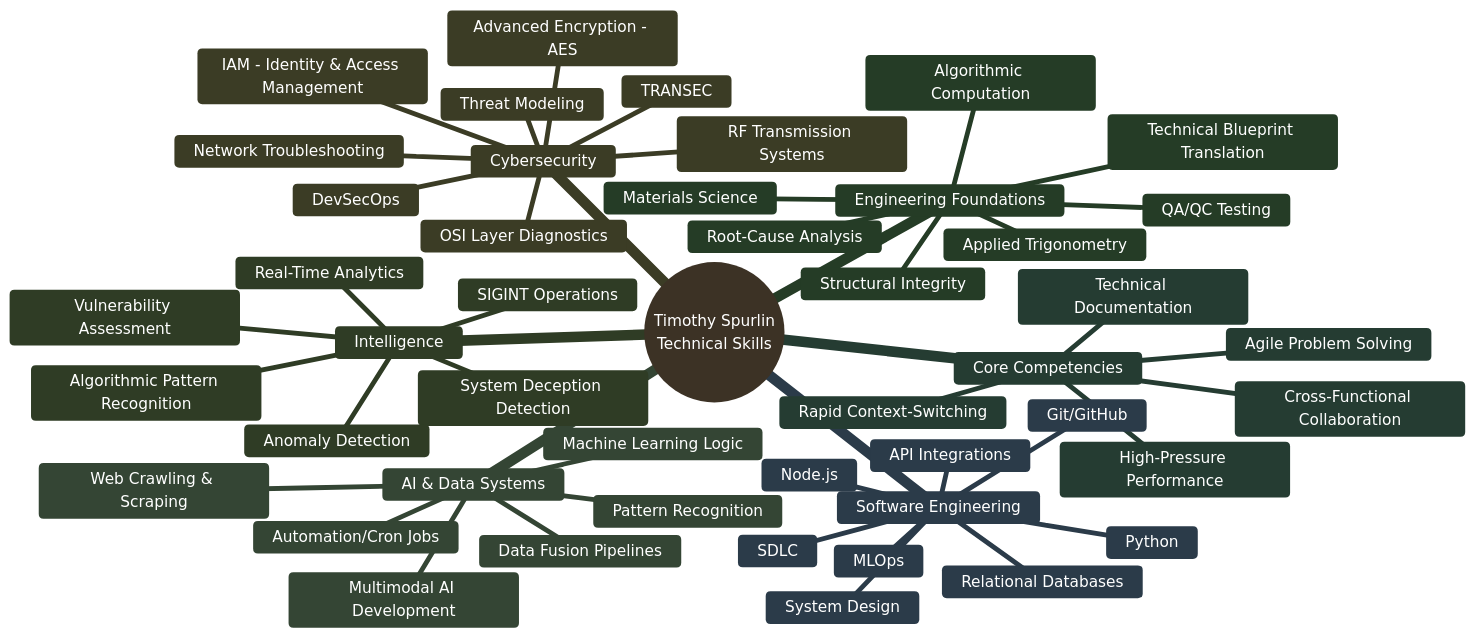
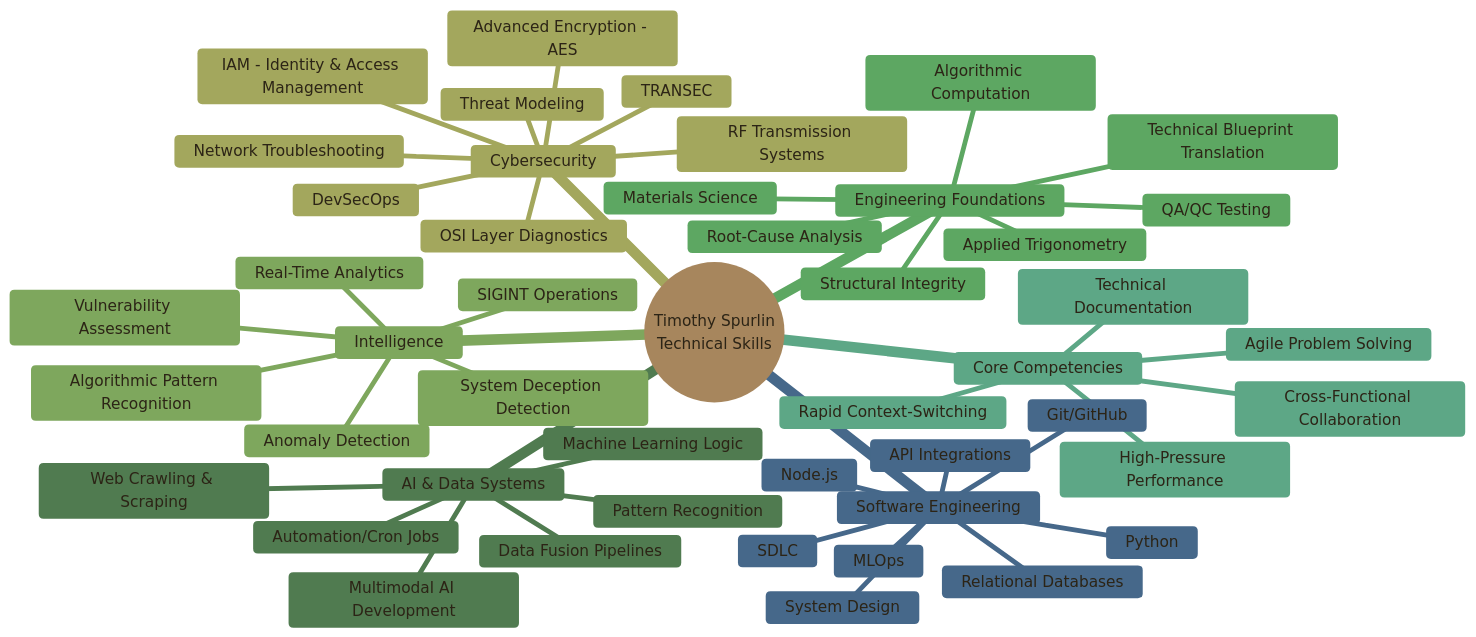
Before and after one commit to Tim-Spurlin/RESUME-of-Timothy-Spurlin: the seventh of 24 diagrams in README.md, drawn with Mermaid.

Commit message:
Fix text visibility in Technical Skills Matrix mindmap diagram

````diff
--- a/README.md
+++ b/README.md
@@ -312,51 +312,51 @@
 ```mermaid
-%%{init: {'theme':'base', 'themeVariables': { 'primaryColor':'#8B7355', 'primaryTextColor':'#fff', 'primaryBorderColor':'#5D4E37', 'lineColor':'#A0826D', 'secondaryColor':'#5B7C99', 'tertiaryColor':'#6B8E6B'}}}%%
+%%{init: {'theme':'base', 'themeVariables': { 'primaryColor':'#D4C4B0', 'primaryTextColor':'#2C2416', 'primaryBorderColor':'#8B7355', 'lineColor':'#A0826D', 'secondaryColor':'#8BA8C4', 'tertiaryColor':'#92B892'}}}%%
 mindmap
   root((Timothy Spurlin<br/>Technical Skills))
     Software Engineering
       Python
       Node.js
       MLOps
       System Design
       Relational Databases
       API Integrations
       Git/GitHub
       SDLC
     AI & Data Systems
       Multimodal AI Development
       Data Fusion Pipelines
       Web Crawling & Scraping
       Automation/Cron Jobs
       Machine Learning Logic
       Pattern Recognition
     Cybersecurity
       DevSecOps
       Threat Modeling
       IAM - Identity & Access Management
       Advanced Encryption - AES
       TRANSEC
       Network Troubleshooting
       OSI Layer Diagnostics
       RF Transmission Systems
     Intelligence
       Algorithmic Pattern Recognition
       Real-Time Analytics
       System Deception Detection
       Anomaly Detection
       Vulnerability Assessment
       SIGINT Operations
     Engineering Foundations
       Algorithmic Computation
       Applied Trigonometry
       Technical Blueprint Translation
       QA/QC Testing
       Root-Cause Analysis
       Materials Science
       Structural Integrity
     Core Competencies
       Agile Problem Solving
       Cross-Functional Collaboration
       High-Pressure Performance
       Technical Documentation
       Rapid Context-Switching
 ```
````
